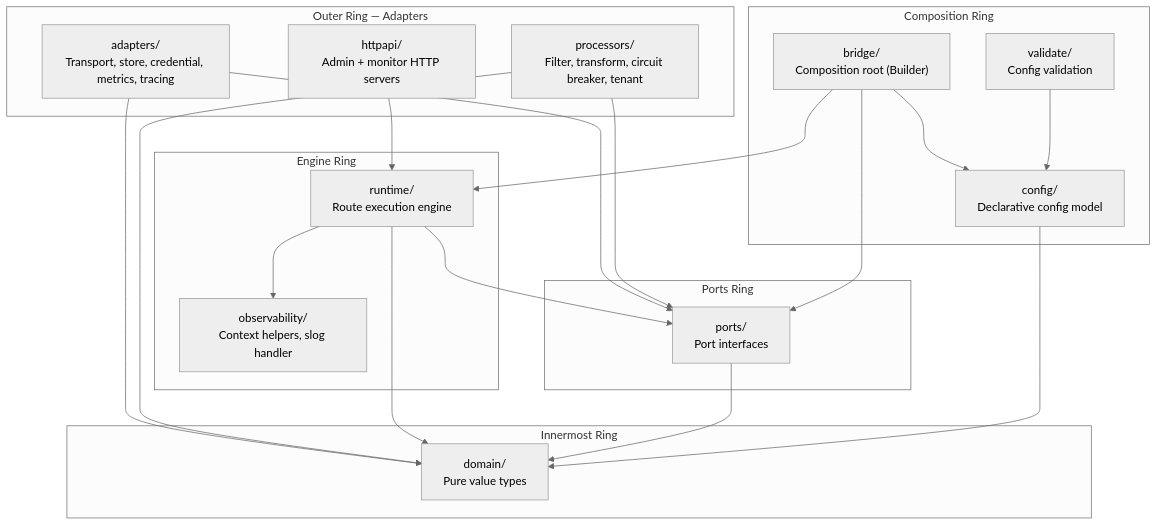
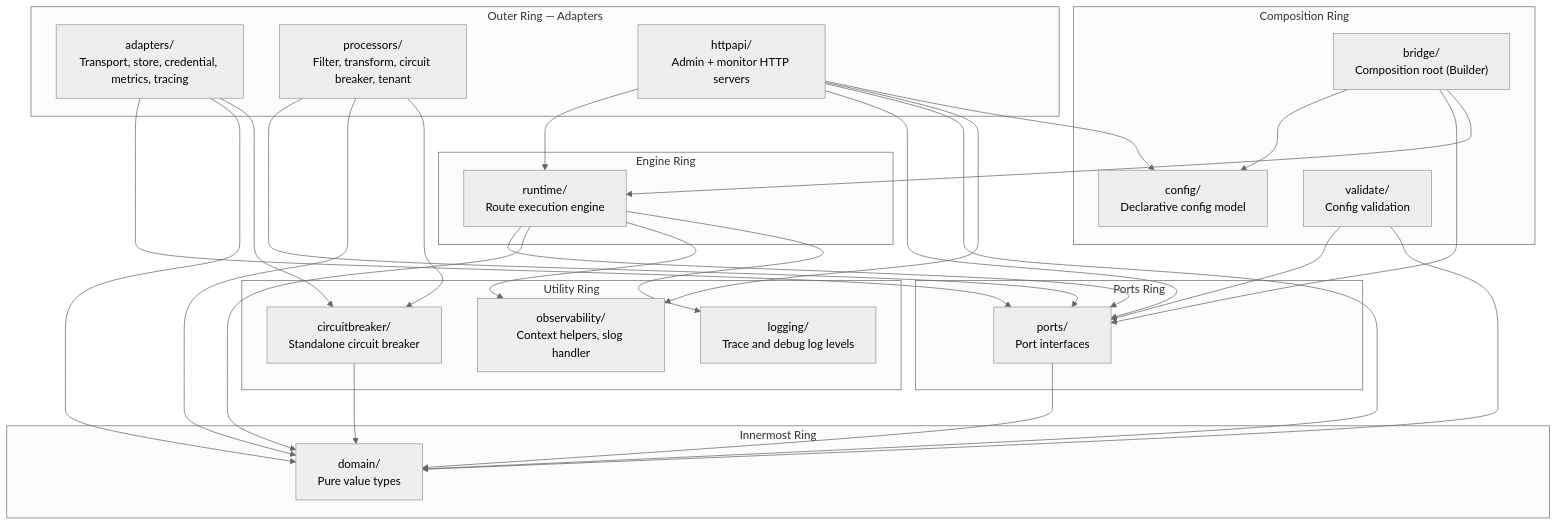
Before and after one commit to mariotoffia/gobridge: the first of 8 diagrams in ARCHITECTURE.md, drawn with Mermaid (neutral theme). The commit also changed other lines of this file and 49 other files, not shown here.

First line of the commit message:
Refactor logging imports and introduce circuit breaker implementation

````diff
--- a/ARCHITECTURE.md
+++ b/ARCHITECTURE.md
@@ -21,42 +21,55 @@
 ```mermaid
 graph TB
     subgraph "Innermost Ring"
         D["domain/<br/>Pure value types"]
     end
 
     subgraph "Ports Ring"
         P["ports/<br/>Port interfaces"]
     end
 
+    subgraph "Utility Ring"
+        O["observability/<br/>Context helpers, slog handler"]
+        L["logging/<br/>Trace and debug log levels"]
+        CB["circuitbreaker/<br/>Standalone circuit breaker"]
+    end
+
     subgraph "Engine Ring"
         R["runtime/<br/>Route execution engine"]
-        O["observability/<br/>Context helpers, slog handler"]
     end
 
     subgraph "Composition Ring"
         B["bridge/<br/>Composition root (Builder)"]
         C["config/<br/>Declarative config model"]
         V["validate/<br/>Config validation"]
     end
 
     subgraph "Outer Ring — Adapters"
         A["adapters/<br/>Transport, store, credential, metrics, tracing"]
         PR["processors/<br/>Filter, transform, circuit breaker, tenant"]
         H["httpapi/<br/>Admin + monitor HTTP servers"]
     end
 
     A --> P
     A --> D
+    A --> CB
     PR --> P
     PR --> D
+    PR --> CB
     H --> R
+    H --> P
+    H --> D
+    H --> O
+    H --> C
     B --> C
     B --> P
     B --> R
     R --> P
     R --> D
     R --> O
+    R --> L
     P --> D
-    C --> D
-    V --> C
+    V --> P
+    V --> D
+    CB --> D
 ```
````
